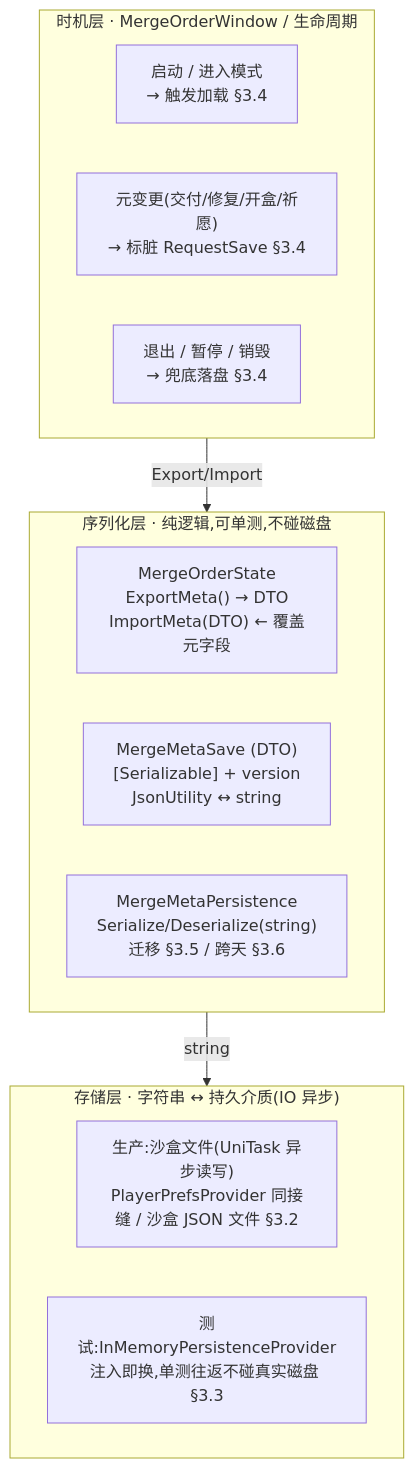
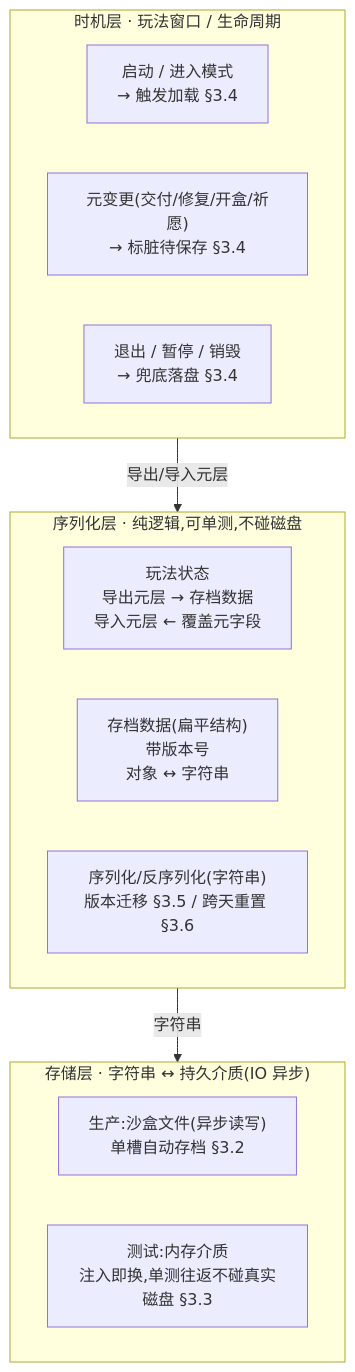
Before and after one commit to zhoupeng921101/TEngine_zp: the first of 2 diagrams in UnityProject/design-docs/14-save-system.md, drawn with Mermaid. The commit also changed other lines of this file and 20 other files, not shown here.

````diff
--- a/UnityProject/design-docs/14-save-system.md
+++ b/UnityProject/design-docs/14-save-system.md
@@ -59,19 +58,19 @@
 ```mermaid
 flowchart TD
-    subgraph timing["时机层 · MergeOrderWindow / 生命周期"]
+    subgraph timing["时机层 · 玩法窗口 / 生命周期"]
         t1["启动 / 进入模式<br/>→ 触发加载 §3.4"]
-        t2["元变更(交付/修复/开盒/祈愿)<br/>→ 标脏 RequestSave §3.4"]
+        t2["元变更(交付/修复/开盒/祈愿)<br/>→ 标脏待保存 §3.4"]
         t3["退出 / 暂停 / 销毁<br/>→ 兜底落盘 §3.4"]
     end
     subgraph serial["序列化层 · 纯逻辑,可单测,不碰磁盘"]
-        s1["MergeOrderState<br/>ExportMeta() → DTO<br/>ImportMeta(DTO) ← 覆盖元字段"]
-        s2["MergeMetaSave (DTO)<br/>[Serializable] + version<br/>JsonUtility ↔ string"]
-        s3["MergeMetaPersistence<br/>Serialize/Deserialize(string)<br/>迁移 §3.5 / 跨天 §3.6"]
+        s1["玩法状态<br/>导出元层 → 存档数据<br/>导入元层 ← 覆盖元字段"]
+        s2["存档数据(扁平结构)<br/>带版本号<br/>对象 ↔ 字符串"]
+        s3["序列化/反序列化(字符串)<br/>版本迁移 §3.5 / 跨天重置 §3.6"]
     end
     subgraph store["存储层 · 字符串 ↔ 持久介质(IO 异步)"]
-        d1["生产:沙盒文件(UniTask 异步读写)<br/>PlayerPrefsProvider 同接缝 / 沙盒 JSON 文件 §3.2"]
-        d2["测试:InMemoryPersistenceProvider<br/>注入即换,单测往返不碰真实磁盘 §3.3"]
+        d1["生产:沙盒文件(异步读写)<br/>单槽自动存档 §3.2"]
+        d2["测试:内存介质<br/>注入即换,单测往返不碰真实磁盘 §3.3"]
     end
-    timing -->|Export/Import| serial
-    serial -->|string| store
+    timing -->|导出/导入元层| serial
+    serial -->|字符串| store
 ```
````
